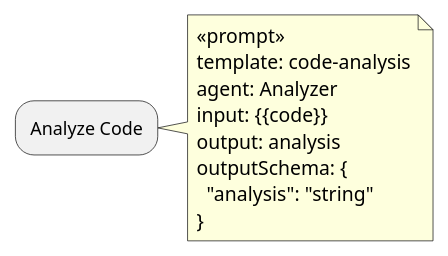
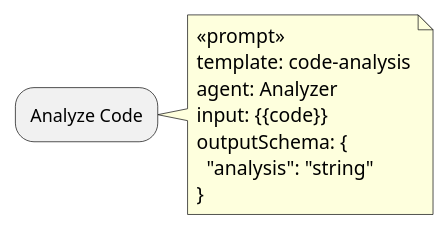
The third of 12 diagrams in docs/plantuml-workflow-schema.md (JuanToanXoup/copilot-api-minimal), drawn with PlantUML before and after one commit. The commit also changed other lines of this file, not shown here.

First line of the commit message:
Remove redundant output field, use outputSchema keys as variables

````diff
--- a/docs/plantuml-workflow-schema.md
+++ b/docs/plantuml-workflow-schema.md
@@ -85,13 +85,12 @@
 ```plantuml
 :Analyze Code;
 note right
   <<prompt>>
   template: code-analysis
   agent: Analyzer
   input: {{code}}
-  output: analysis
   outputSchema: {
     "analysis": "string"
   }
 end note
 ```
````
